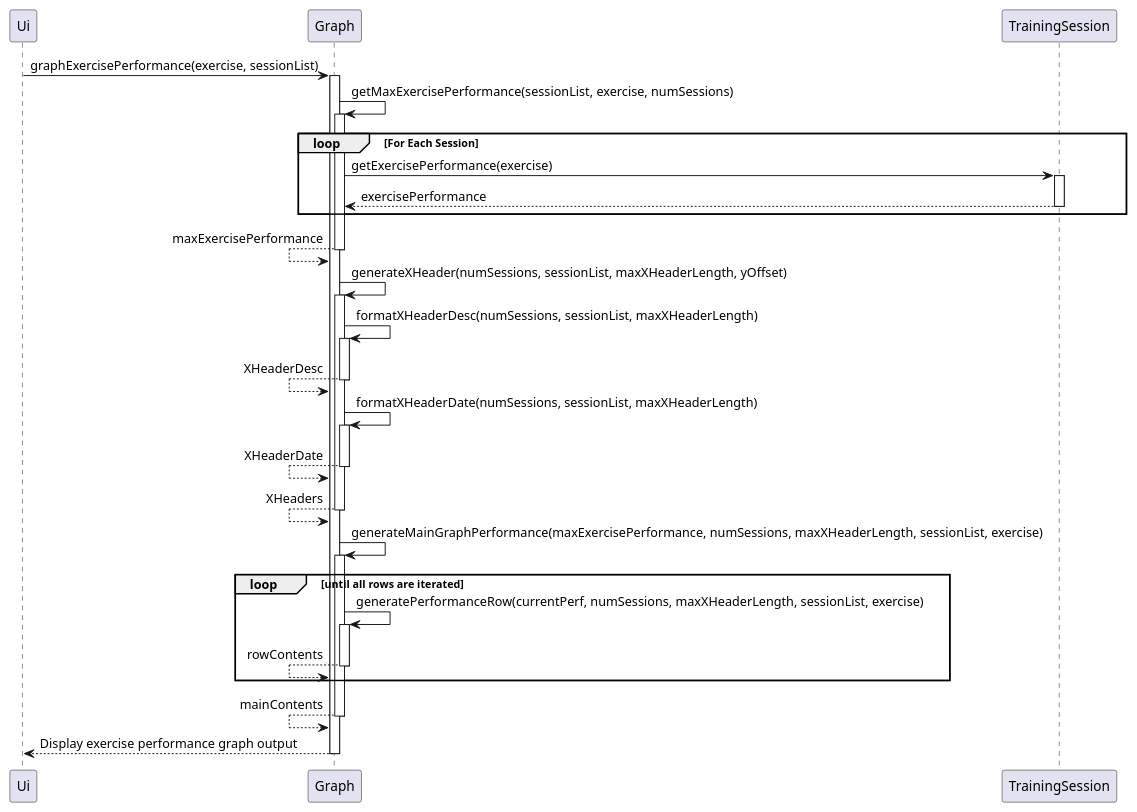
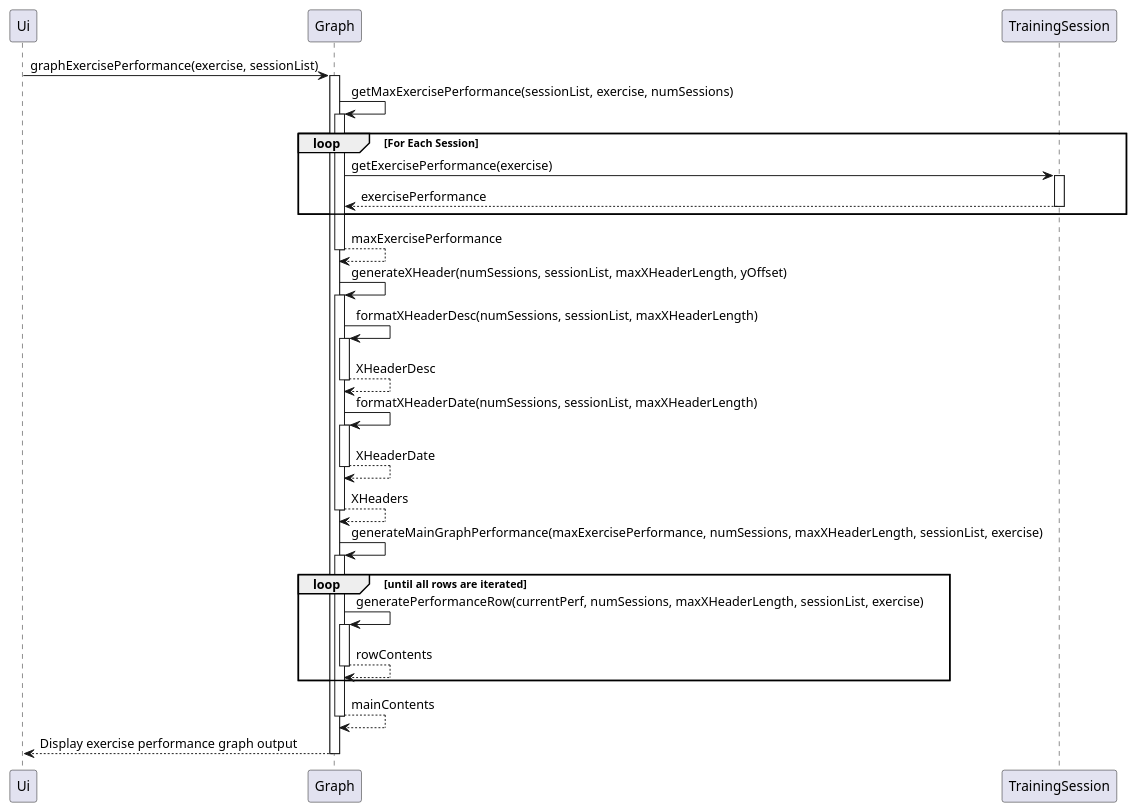
Before and after one commit to nus-cs2113-AY2425S1/tp: the diagram in docs/Diagrams/Sequence_graphExercisePerformance.puml, drawn with PlantUML. The commit also changed 3 other files, not shown here.

```diff
--- a/docs/Diagrams/Sequence_graphExercisePerformance.puml
+++ b/docs/Diagrams/Sequence_graphExercisePerformance.puml
@@ -1,51 +1,51 @@
 @startuml
 participant Ui as User
 participant Graph
 participant TrainingSession
 
 User -> Graph : graphExercisePerformance(exercise, sessionList)
 activate Graph
 
 Graph -> Graph : getMaxExercisePerformance(sessionList, exercise, numSessions)
 activate Graph
 
 loop For Each Session
     Graph -> TrainingSession : getExercisePerformance(exercise)
     activate TrainingSession
     TrainingSession --> Graph : exercisePerformance
     deactivate TrainingSession
 end
-Graph <-- Graph : maxExercisePerformance
+Graph --> Graph : maxExercisePerformance
 deactivate Graph
 
 Graph -> Graph : generateXHeader(numSessions, sessionList, maxXHeaderLength, yOffset)
 activate Graph
 Graph -> Graph : formatXHeaderDesc(numSessions, sessionList, maxXHeaderLength)
 activate Graph
-Graph <-- Graph : XHeaderDesc
+Graph --> Graph : XHeaderDesc
 deactivate Graph
 
 Graph -> Graph : formatXHeaderDate(numSessions, sessionList, maxXHeaderLength)
 activate Graph
-Graph <-- Graph : XHeaderDate
+Graph --> Graph : XHeaderDate
 deactivate Graph
 
-Graph <-- Graph : XHeaders
+Graph --> Graph : XHeaders
 deactivate Graph
 
 Graph -> Graph : generateMainGraphPerformance(maxExercisePerformance, numSessions, maxXHeaderLength, sessionList, exercise)
 activate Graph
 
 loop  until all rows are iterated
     Graph -> Graph : generatePerformanceRow(currentPerf, numSessions, maxXHeaderLength, sessionList, exercise)
     activate Graph
-    Graph <-- Graph : rowContents
+    Graph --> Graph : rowContents
     deactivate Graph
 end
 
-Graph <-- Graph : mainContents
+Graph --> Graph : mainContents
 deactivate Graph
 
 User <-- Graph : Display exercise performance graph output
 deactivate Graph
 @enduml
```
